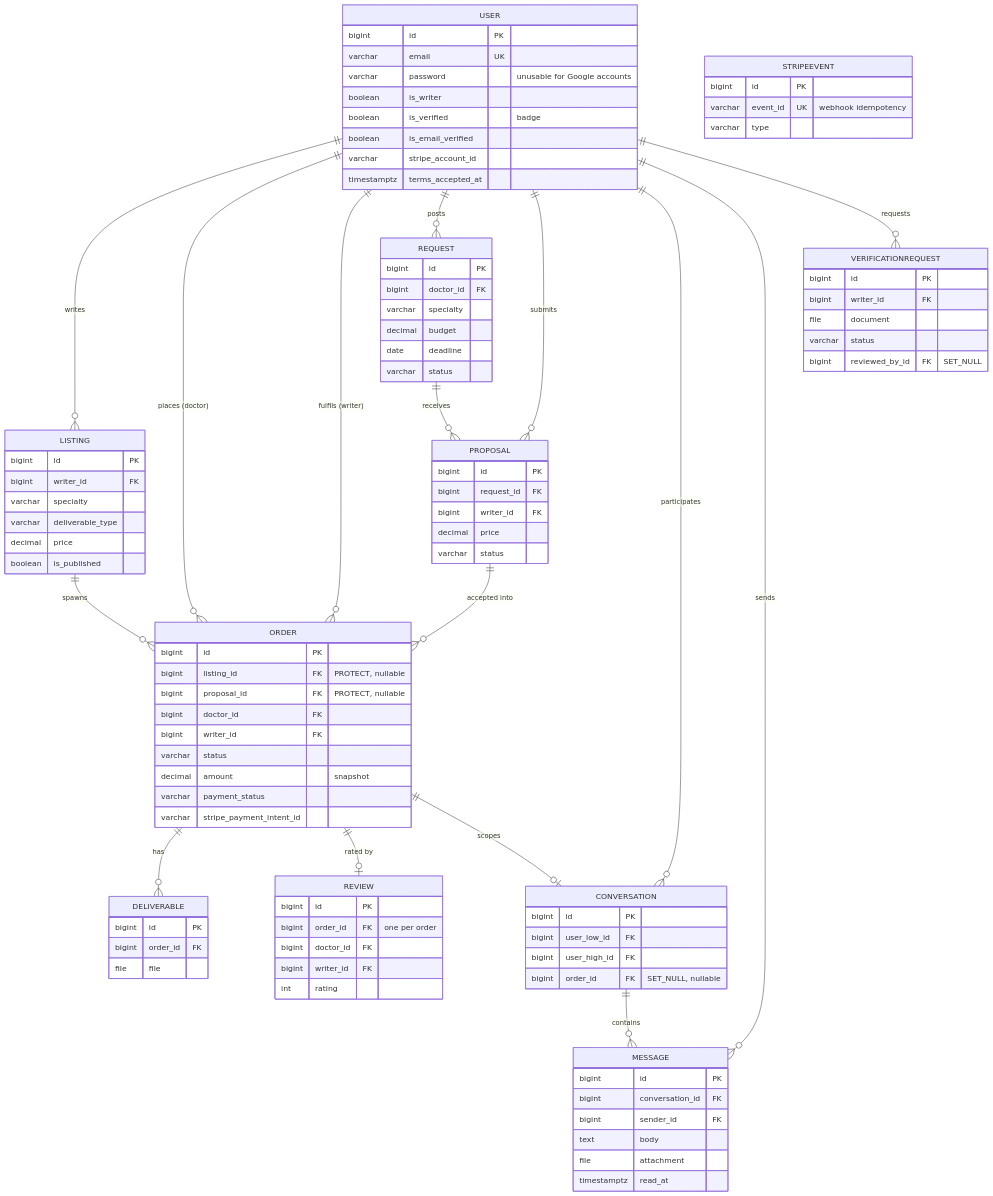
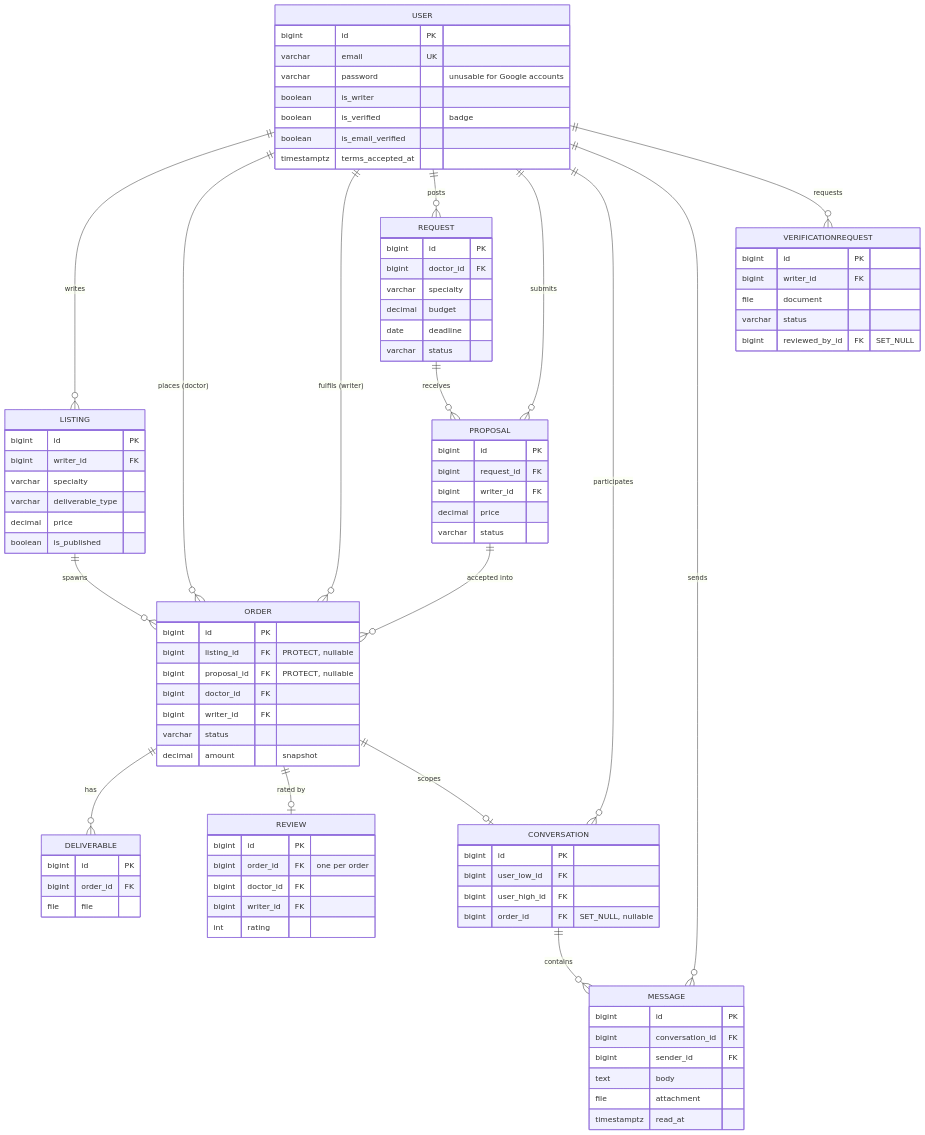
Before and after one commit to victormonnot/Kessia: the second of 2 diagrams in docs/Technical_Manual_Review.md, drawn with Mermaid. The commit also changed other lines of this file and 7 other files, not shown here.

````diff
--- a/docs/Technical_Manual_Review.md
+++ b/docs/Technical_Manual_Review.md
@@ -112,7 +110,6 @@
         boolean is_writer
         boolean is_verified "badge"
         boolean is_email_verified
-        varchar stripe_account_id
         timestamptz terms_accepted_at
     }
     LISTING {
@@ -131,8 +128,6 @@
         bigint writer_id FK
         varchar status
         decimal amount "snapshot"
-        varchar payment_status
-        varchar stripe_payment_intent_id
     }
     DELIVERABLE {
         bigint id PK
@@ -182,9 +177,4 @@
         varchar status
         bigint reviewed_by_id FK "SET_NULL"
     }
-    STRIPEEVENT {
-        bigint id PK
-        varchar event_id UK "webhook idempotency"
-        varchar type
-    }
 ```
````
